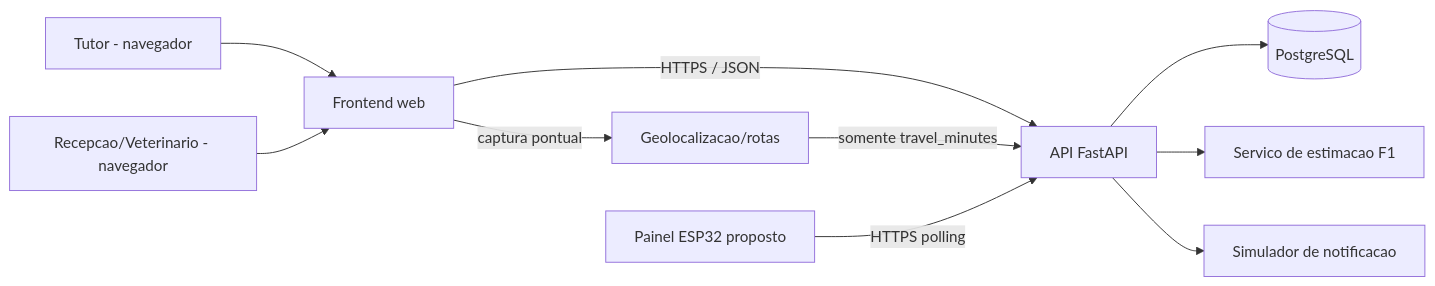
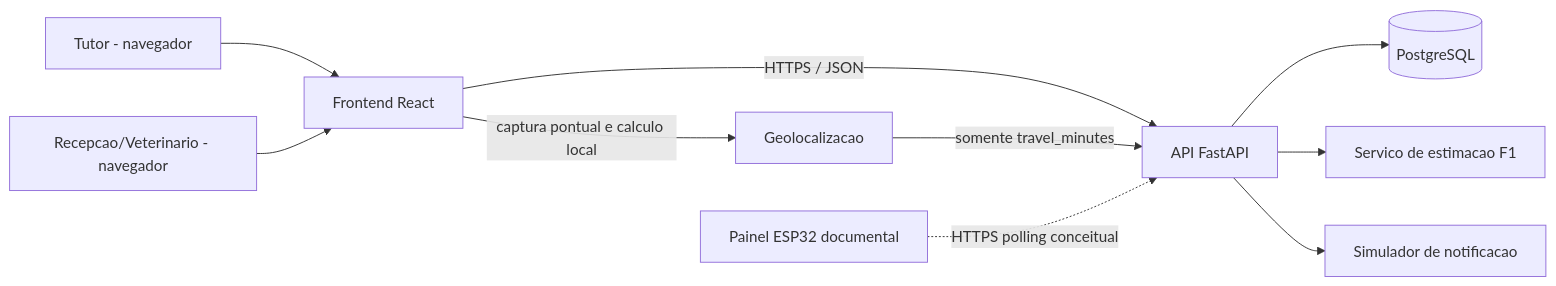
The diagram in docs/04-arquitetura/arquitetura.md (lulisca/Sistema-de-clinica-veterinaria), drawn with Mermaid before and after one commit. The commit also changed other lines of this file and 5 other files, not shown here.

````diff
--- a/docs/04-arquitetura/arquitetura.md
+++ b/docs/04-arquitetura/arquitetura.md
@@ -7,12 +7,12 @@
 ```mermaid
 flowchart LR
-    T[Tutor - navegador] --> F[Frontend web]
+    T[Tutor - navegador] --> F[Frontend React]
     R[Recepcao/Veterinario - navegador] --> F
     F -->|HTTPS / JSON| A[API FastAPI]
     A --> B[(PostgreSQL)]
     A --> S[Servico de estimacao F1]
-    F -->|captura pontual| G[Geolocalizacao/rotas]
+    F -->|captura pontual e calculo local| G[Geolocalizacao]
     G -->|somente travel_minutes| A
     A --> N[Simulador de notificacao]
-    H[Painel ESP32 proposto] -->|HTTPS polling| A
+    H[Painel ESP32 documental] -.->|HTTPS polling conceitual| A
 ```
````
